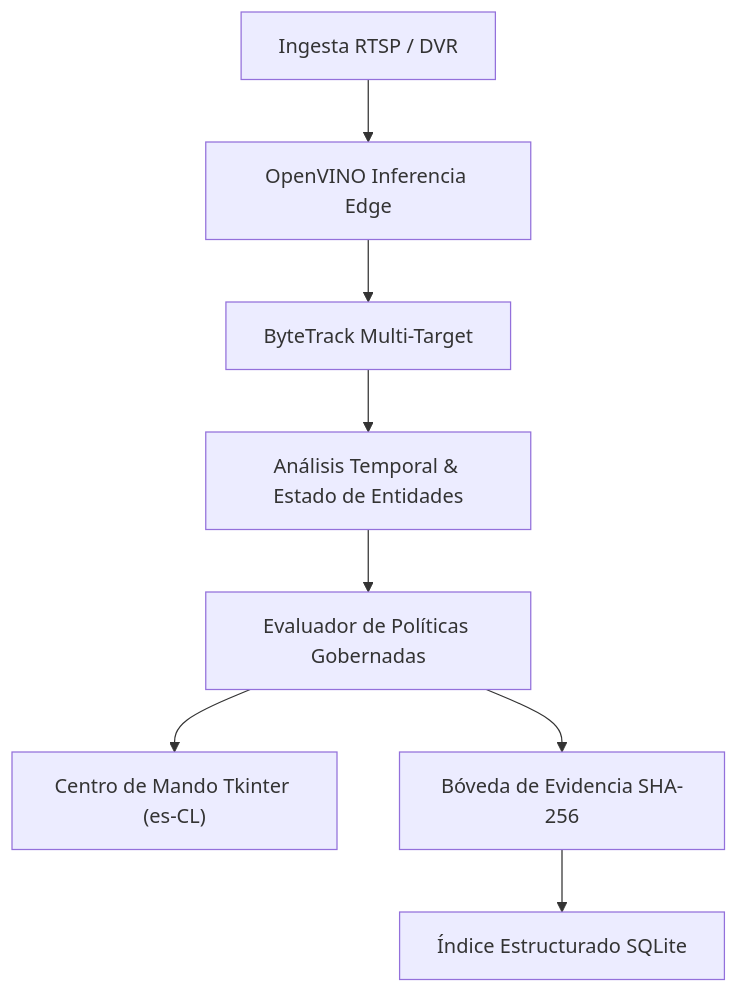
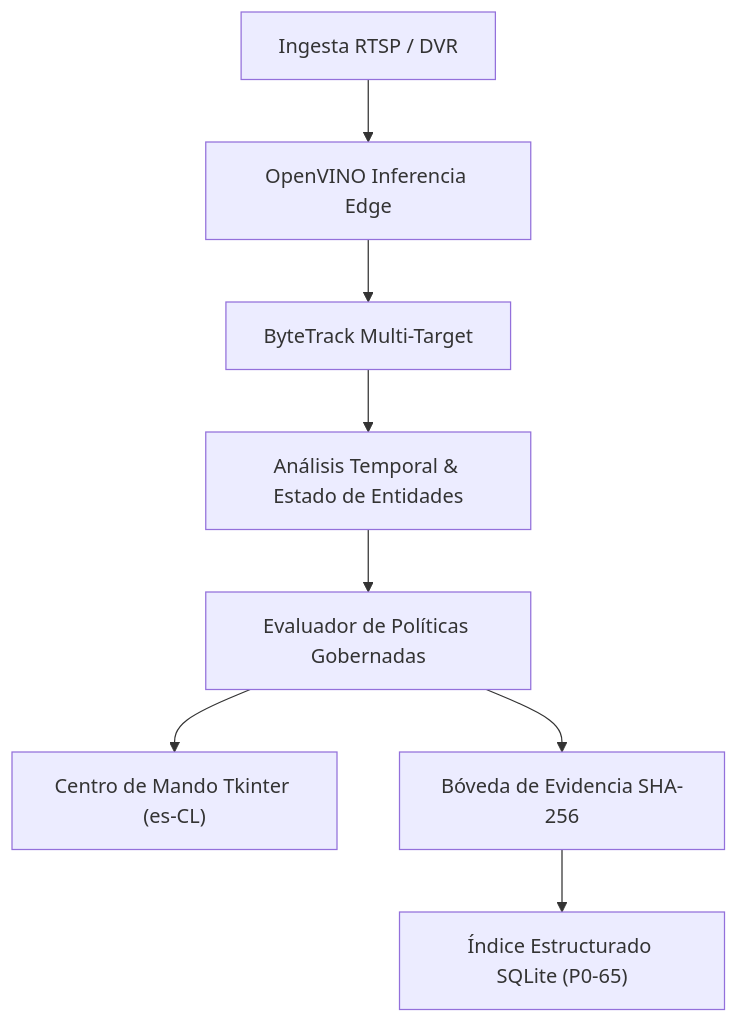
The diagram in TES/PLAN_MAESTRO_V3.md (ApolinarCastro/TukeVision), drawn with Mermaid before and after one commit. The commit also changed other lines of this file and 51 other files, not shown here.

````diff
--- a/TES/PLAN_MAESTRO_V3.md
+++ b/TES/PLAN_MAESTRO_V3.md
@@ -41,10 +41,10 @@
 ```mermaid
 graph TD
     A["Ingesta RTSP / DVR"] --> B["OpenVINO Inferencia Edge"]
     B --> C["ByteTrack Multi-Target"]
     C --> D["Análisis Temporal & Estado de Entidades"]
     D --> E["Evaluador de Políticas Gobernadas"]
     E --> F["Centro de Mando Tkinter (es-CL)"]
     E --> G["Bóveda de Evidencia SHA-256"]
-    G --> H["Índice Estructurado SQLite"]
+    G --> H["Índice Estructurado SQLite (P0-65)"]
 ```
````
